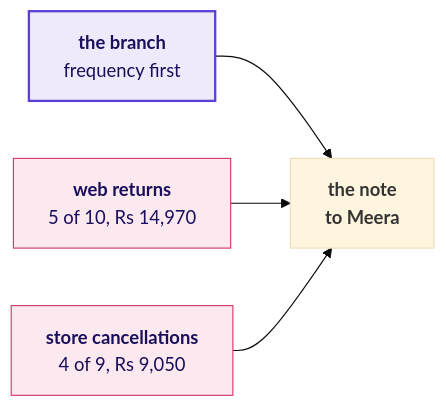
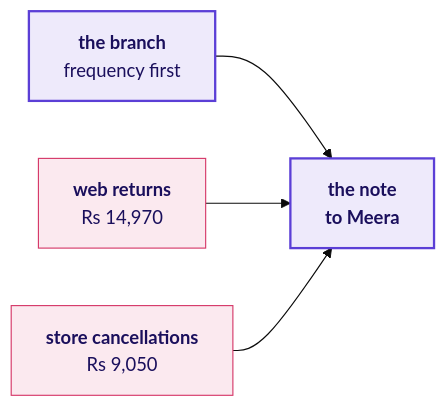
One commit to fde-academy-lab/c2-content-factory changed diagram 18 of 20 in content/W01/D1/slides/C2_W01_D01_half2_STUDENT.md. Above: the diagram before and after it, drawn with Mermaid (base theme). The commit also changed other lines of this file and 22 other files, not shown here.

````diff
--- a/content/W01/D1/slides/C2_W01_D01_half2_STUDENT.md
+++ b/content/W01/D1/slides/C2_W01_D01_half2_STUDENT.md
@@ -600,10 +967,10 @@
 ```mermaid
 flowchart LR
     B["<b>the branch</b><br/>frequency first"] --> N["<b>the note<br/>to Meera</b>"]
-    W["<b>web returns</b><br/>5 of 10, Rs 14,970"] --> N
-    S["<b>store cancellations</b><br/>4 of 9, Rs 9,050"] --> N
+    W["<b>web returns</b><br/>Rs 14,970"] --> N
+    S["<b>store cancellations</b><br/>Rs 9,050"] --> N
     classDef known fill:#EEEAFB,stroke:#5B3FD6,color:#1A0F5C,stroke-width:2px
     classDef bad fill:#FBE9EF,stroke:#D63A6A,color:#1A0F5C
-    class B known
+    class B,N known
     class W,S bad
 ```
````
